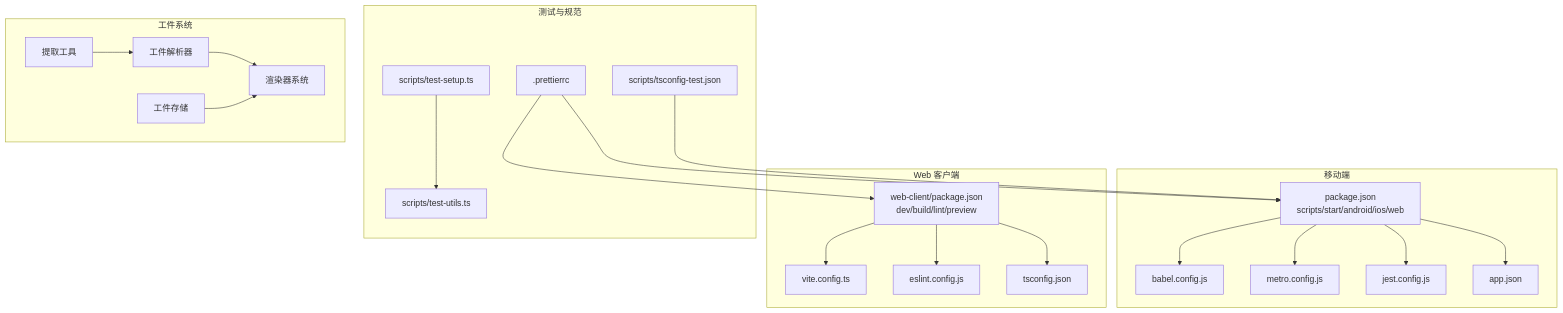
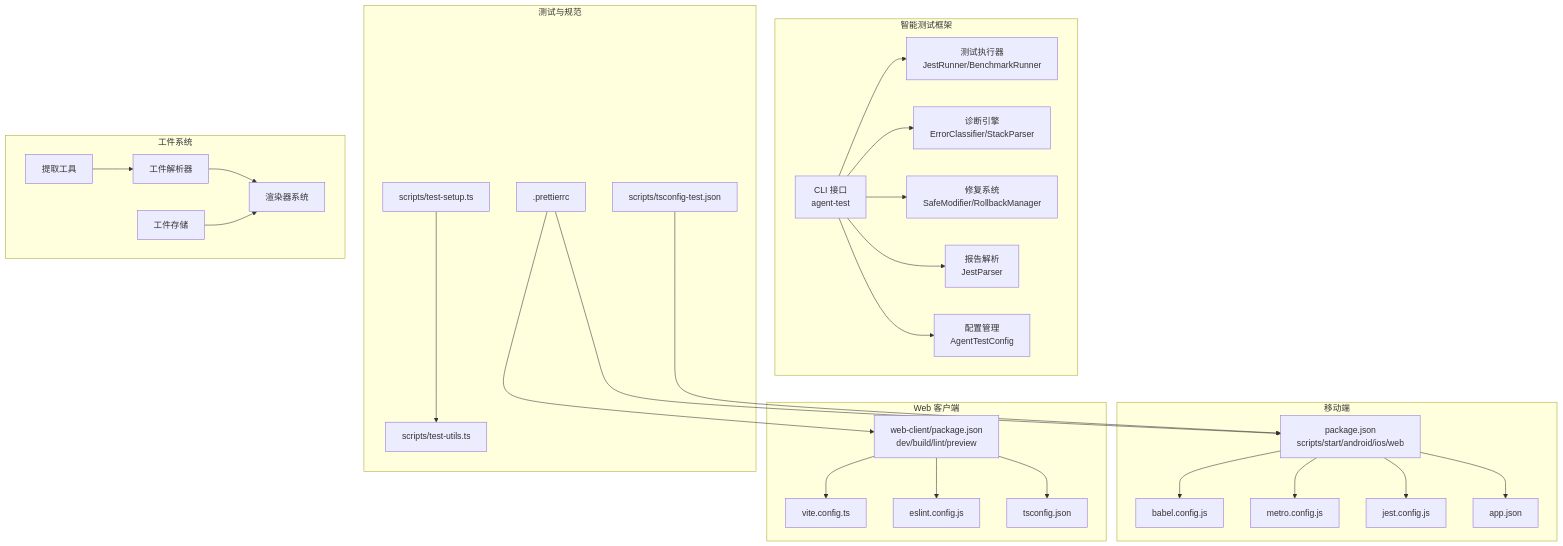
Before and after one commit to NarcisWL/Nexara: the second of 15 diagrams in .qoder/repowiki/zh/content/开发指南/开发指南.md, drawn with Mermaid. The commit also changed other lines of this file and 19 other files, not shown here.

````diff
--- a/.qoder/repowiki/zh/content/开发指南/开发指南.md
+++ b/.qoder/repowiki/zh/content/开发指南/开发指南.md
@@ -163,42 +202,55 @@
 ```mermaid
 graph TB
 subgraph "移动端"
 M_pkg["package.json<br/>scripts/start/android/ios/web"]
 M_babel["babel.config.js"]
 M_metro["metro.config.js"]
 M_jest["jest.config.js"]
 M_app["app.json"]
+end
+subgraph "智能测试框架"
+T_cli["CLI 接口<br/>agent-test"]
+T_runner["测试执行器<br/>JestRunner/BenchmarkRunner"]
+T_diag["诊断引擎<br/>ErrorClassifier/StackParser"]
+T_fix["修复系统<br/>SafeModifier/RollbackManager"]
+T_parser["报告解析<br/>JestParser"]
+T_config["配置管理<br/>AgentTestConfig"]
 end
 subgraph "Web 客户端"
 W_pkg["web-client/package.json<br/>dev/build/lint/preview"]
 W_vite["vite.config.ts"]
 W_eslint["eslint.config.js"]
 W_ts["tsconfig.json"]
 end
 subgraph "测试与规范"
 T_setup["scripts/test-setup.ts"]
 T_utils["scripts/test-utils.ts"]
 T_tst["scripts/tsconfig-test.json"]
 Prettier[".prettierrc"]
 end
 subgraph "工件系统"
 A_parser["工件解析器"]
 A_renderer["渲染器系统"]
 A_store["工件存储"]
 A_extractor["提取工具"]
 end
 M_pkg --> M_babel
 M_pkg --> M_metro
 M_pkg --> M_jest
 M_pkg --> M_app
+T_cli --> T_runner
+T_cli --> T_diag
+T_cli --> T_fix
+T_cli --> T_parser
+T_cli --> T_config
 W_pkg --> W_vite
 W_pkg --> W_eslint
 W_pkg --> W_ts
 T_setup --> T_utils
 T_tst --> M_pkg
 Prettier --> M_pkg
 Prettier --> W_pkg
 A_parser --> A_renderer
 A_store --> A_renderer
 A_extractor --> A_parser
 ```
````
